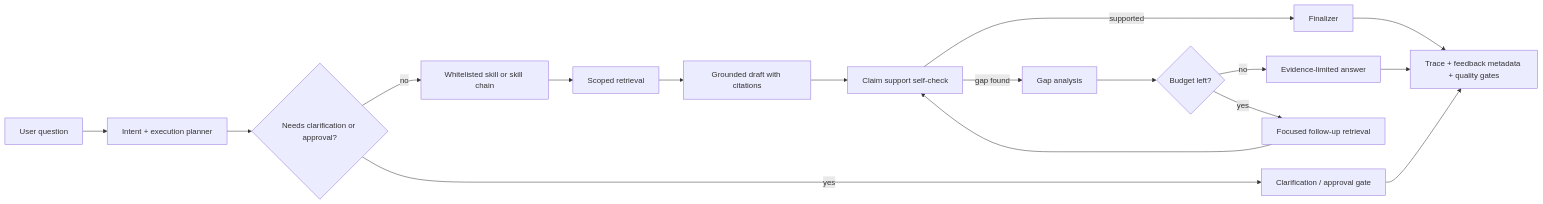
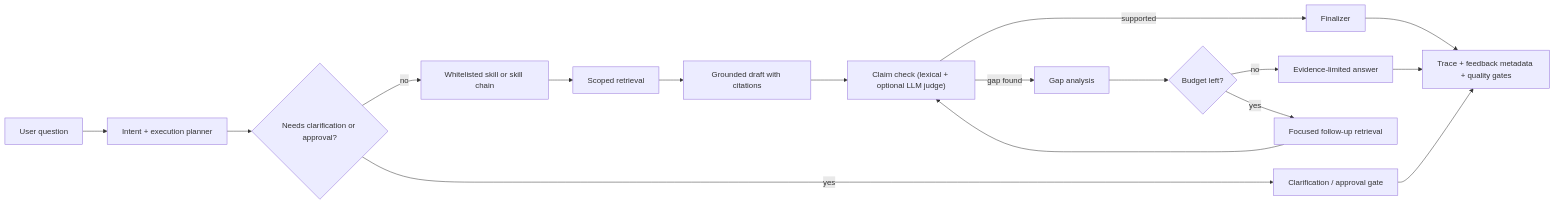
The second of 2 diagrams in README.md (luc1ferxx/Luc1ferxx_Archive_RAG), drawn with Mermaid before and after one commit. The commit also changed other lines of this file, not shown here.

First line of the commit message:
docs(readme): bring the README up to date with the gateway, budget, tracing, streaming, and judge work

````diff
--- a/README.md
+++ b/README.md
@@ -121,19 +124,19 @@
 ```mermaid
 flowchart LR
   Q["User question"] --> P["Intent + execution planner"]
   P --> C{"Needs clarification or approval?"}
   C -->|yes| G["Clarification / approval gate"]
   C -->|no| S["Whitelisted skill or skill chain"]
   S --> R["Scoped retrieval"]
   R --> A["Grounded draft with citations"]
-  A --> V["Claim support self-check"]
+  A --> V["Claim check (lexical + optional LLM judge)"]
   V -->|supported| F["Finalizer"]
   V -->|gap found| GP["Gap analysis"]
   GP --> B{"Budget left?"}
   B -->|yes| FR["Focused follow-up retrieval"]
   FR --> V
   B -->|no| L["Evidence-limited answer"]
   F --> O["Trace + feedback metadata + quality gates"]
   L --> O
   G --> O
 ```
````
